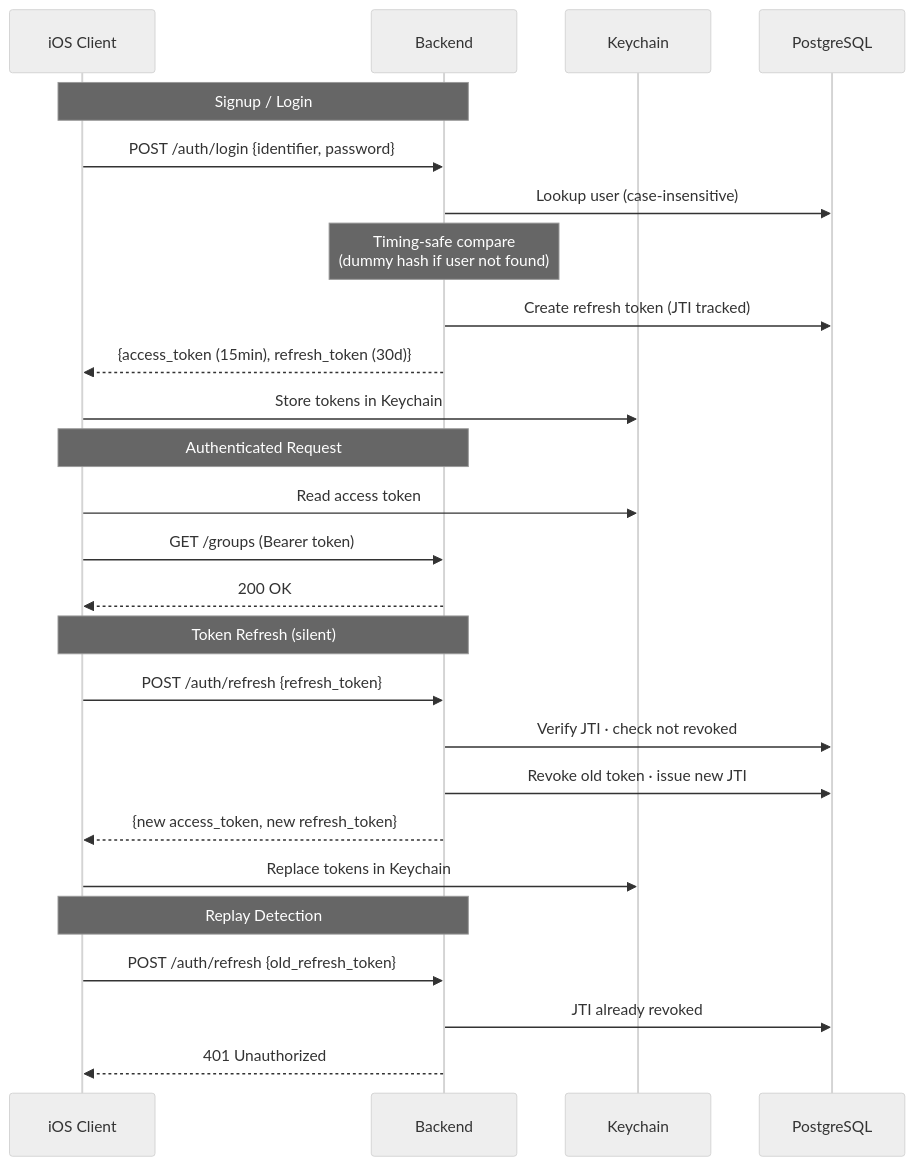
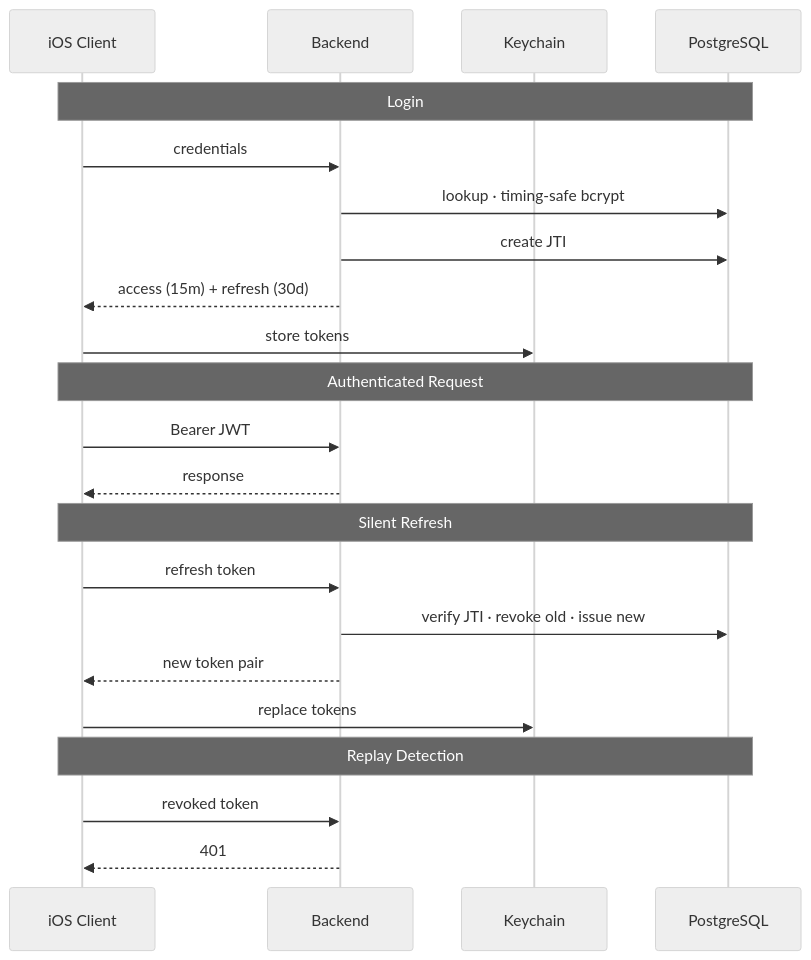
One commit to yslim-030622/ClearSplit changed the fifth of 5 diagrams in backend/README.md. Above: the diagram before and after it, drawn with Mermaid (neutral theme). The commit also changed other lines of this file and 14 other files, not shown here.

Commit message:
docs: replace Mermaid with custom PNG diagrams and clean image assets

````diff
--- a/backend/README.md
+++ b/backend/README.md
@@ -365,32 +298,28 @@
 ```mermaid
 sequenceDiagram
     participant C as iOS Client
     participant B as Backend
     participant K as Keychain
     participant DB as PostgreSQL
 
-    Note over C,B: Signup / Login
-    C->>B: POST /auth/login {identifier, password}
-    B->>DB: Lookup user (case-insensitive)
-    Note over B: Timing-safe compare<br/>(dummy hash if user not found)
-    B->>DB: Create refresh token (JTI tracked)
-    B-->>C: {access_token (15min), refresh_token (30d)}
-    C->>K: Store tokens in Keychain
+    Note over C,DB: Login
+    C->>B: credentials
+    B->>DB: lookup · timing-safe bcrypt
+    B->>DB: create JTI
+    B-->>C: access (15m) + refresh (30d)
+    C->>K: store tokens
 
-    Note over C,B: Authenticated Request
-    C->>K: Read access token
-    C->>B: GET /groups (Bearer token)
-    B-->>C: 200 OK
+    Note over C,DB: Authenticated Request
+    C->>B: Bearer JWT
+    B-->>C: response
 
-    Note over C,B: Token Refresh (silent)
-    C->>B: POST /auth/refresh {refresh_token}
-    B->>DB: Verify JTI · check not revoked
-    B->>DB: Revoke old token · issue new JTI
-    B-->>C: {new access_token, new refresh_token}
-    C->>K: Replace tokens in Keychain
+    Note over C,DB: Silent Refresh
+    C->>B: refresh token
+    B->>DB: verify JTI · revoke old · issue new
+    B-->>C: new token pair
+    C->>K: replace tokens
 
-    Note over C,B: Replay Detection
-    C->>B: POST /auth/refresh {old_refresh_token}
-    B->>DB: JTI already revoked
-    B-->>C: 401 Unauthorized
+    Note over C,DB: Replay Detection
+    C->>B: revoked token
+    B-->>C: 401
 ```
````
